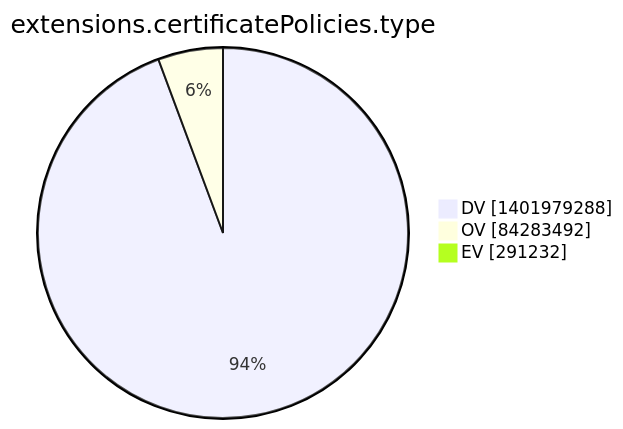
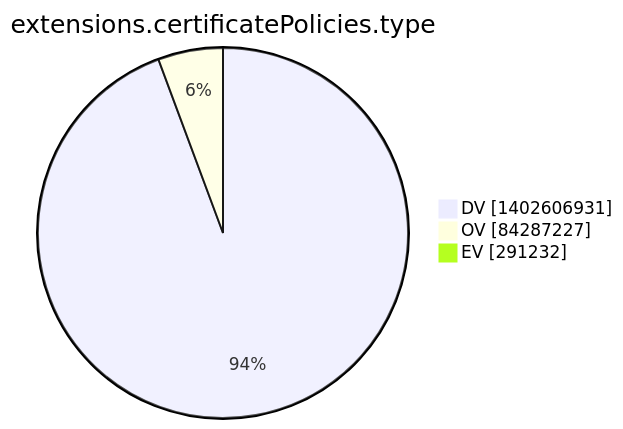
One commit to christiankrug/ctmonitor_visualization changed the tenth of 15 diagrams in argon2022/README.md. Above: the diagram before and after it, drawn with Mermaid. The commit also changed other lines of this file, not shown here.

````diff
--- a/argon2022/README.md
+++ b/argon2022/README.md
@@ -2773,7 +2773,7 @@
 ```mermaid
 pie showData
 title extensions.certificatePolicies.type
-"DV" :1401979288
-"OV" :84283492
+"DV" :1402606931
+"OV" :84287227
 "EV" :291232
 ```
````
